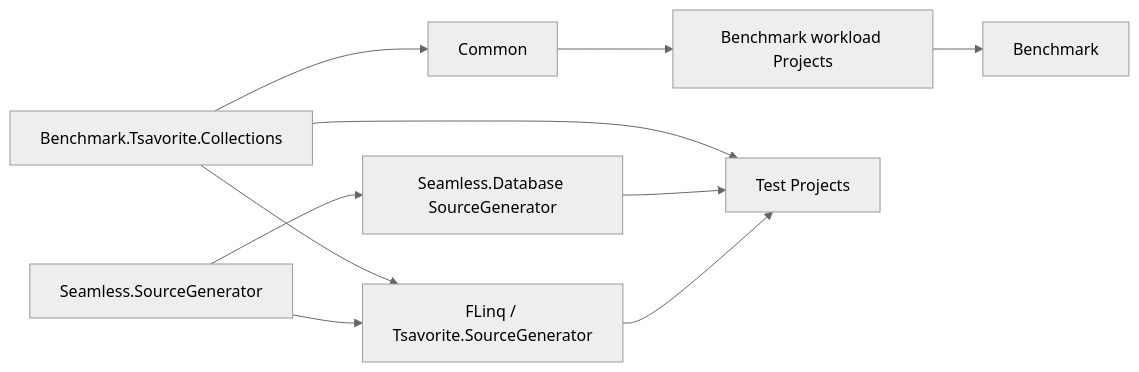
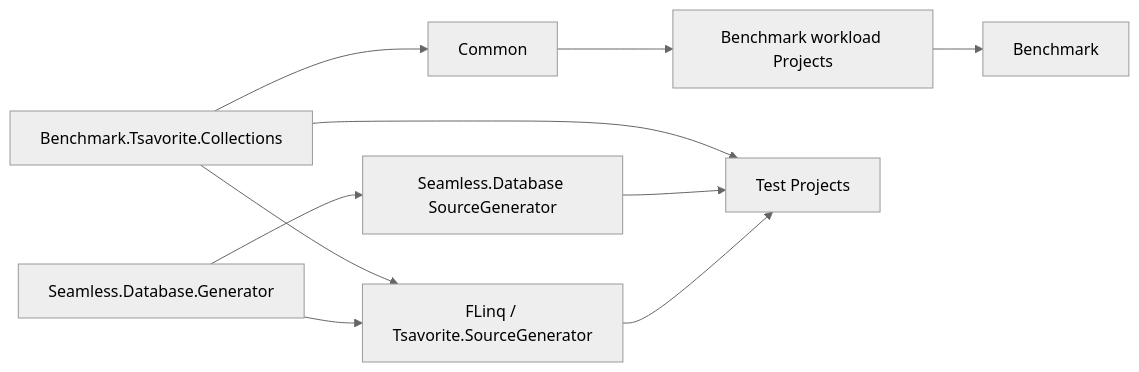
The diagram in Document/Code/Internal/StructuralDiagrams/ComponentDiagram.md (AloneCraft/Seamless), drawn with Mermaid (neutral theme) before and after one commit. The commit also changed other lines of this file and 675 other files, not shown here.

````diff
--- a/Document/Code/Internal/StructuralDiagrams/ComponentDiagram.md
+++ b/Document/Code/Internal/StructuralDiagrams/ComponentDiagram.md
@@ -17,21 +17,21 @@
 ```mermaid
 flowchart LR
-    Shared[Seamless.SourceGenerator]
+    Shared[Seamless.Database.Generator]
     FLinq[FLinq / Tsavorite.SourceGenerator]
     DB[Seamless.Database SourceGenerator]
     Collections[Benchmark.Tsavorite.Collections]
     BenchShared[Common]
     BenchProjects[Benchmark workload Projects]
     Tests[Test Projects]
     Uno[Benchmark]
 
     Shared --> FLinq
     Shared --> DB
     Collections --> FLinq
     Collections --> BenchShared
     FLinq --> Tests
     DB --> Tests
     Collections --> Tests
     BenchShared --> BenchProjects
     BenchProjects --> Uno
 ```
````
